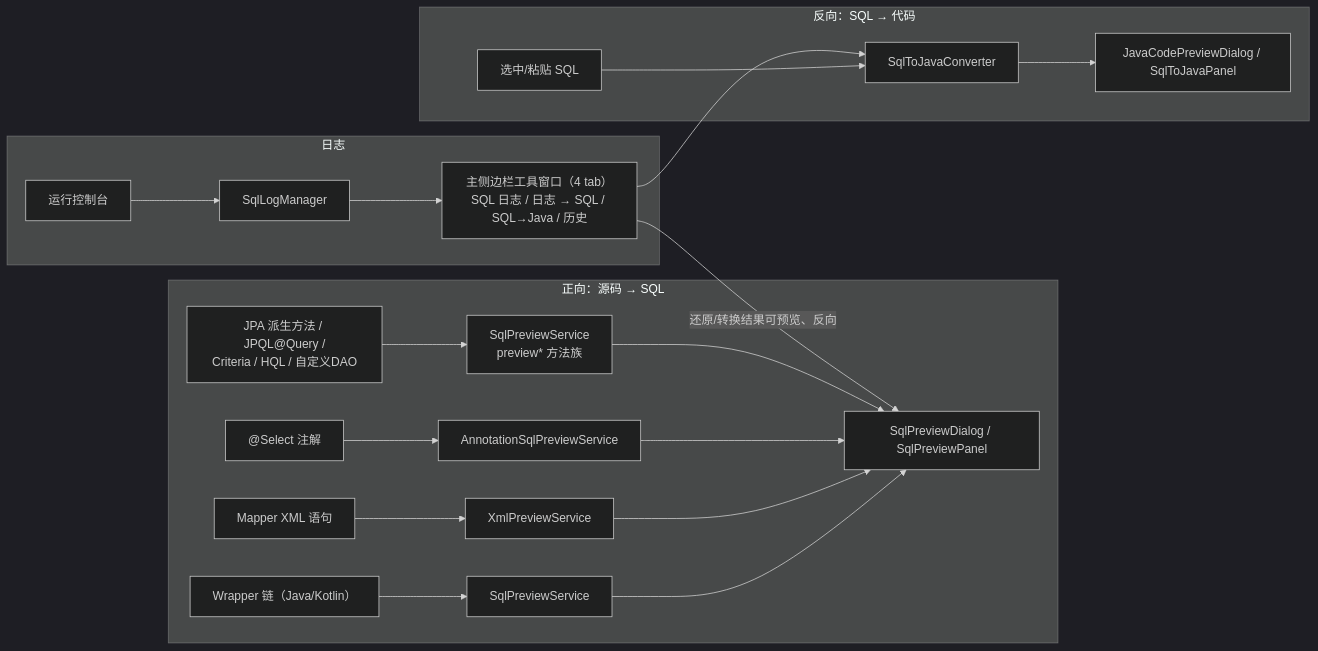
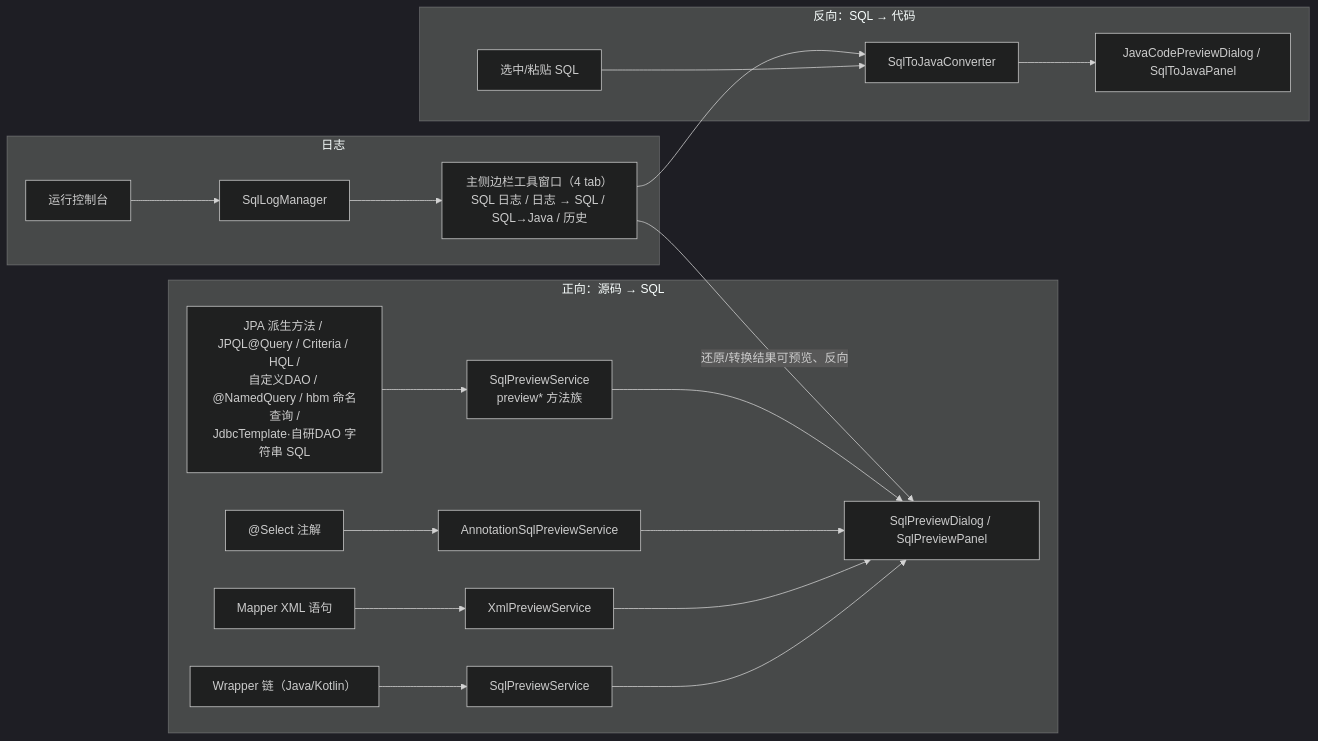
The first of 13 diagrams in docs/架构设计/02-核心流程详解.md (JayF211/mybatis-plus-sql-visualizer), drawn with Mermaid (dark theme) before and after one commit. The commit also changed other lines of this file and 4 other files, not shown here.

Commit message:
docs: 架构设计系列同步 dev 当前基线——触发面 gutter 9→13、JOIN 原生 Diagrams 双引擎（§7 新章）/免重启热替换 DynamicInstallSupport（自更新重写）/历史参数持久化 v2/psource·feedback 新包入册、ConverterRegistry 10→11+EQ/MDS/QD 前置派发、测试基线 295类/3788用例（2026-09-12）、发布流程免重启口径与 262 签名护栏、触发面清单补 3 provider 行、EXPLAIN 汉化文案

````diff
--- a/docs/架构设计/02-核心流程详解.md
+++ b/docs/架构设计/02-核心流程详解.md
@@ -10,23 +10,23 @@
 ```mermaid
 flowchart LR
     subgraph 正向["正向：源码 → SQL"]
         P1["Wrapper 链（Java/Kotlin）"] --> P2["SqlPreviewService"]
         P3["Mapper XML 语句"] --> P4["XmlPreviewService"]
         P5["@Select 注解"] --> P6["AnnotationSqlPreviewService"]
-        P8["JPA 派生方法 / JPQL@Query /<br/>Criteria / HQL / 自定义DAO"] --> P9["SqlPreviewService<br/>preview* 方法族"]
+        P8["JPA 派生方法 / JPQL@Query / Criteria / HQL /<br/>自定义DAO / @NamedQuery / hbm 命名查询 /<br/>JdbcTemplate·自研DAO 字符串 SQL"] --> P9["SqlPreviewService<br/>preview* 方法族"]
         P2 --> P7["SqlPreviewDialog / SqlPreviewPanel"]
         P4 --> P7
         P6 --> P7
         P9 --> P7
     end
     subgraph 反向["反向：SQL → 代码"]
         R1["选中/粘贴 SQL"] --> R2["SqlToJavaConverter"]
         R2 --> R3["JavaCodePreviewDialog / SqlToJavaPanel"]
     end
     subgraph 日志["日志"]
         L1["运行控制台"] --> L2["SqlLogManager"]
         L2 --> L3["主侧边栏工具窗口（4 tab）<br/>SQL 日志 / 日志 → SQL / SQL→Java / 历史"]
     end
     L3 -->|"还原/转换结果可预览、反向"| P7
     L3 --> R2
 ```
````
